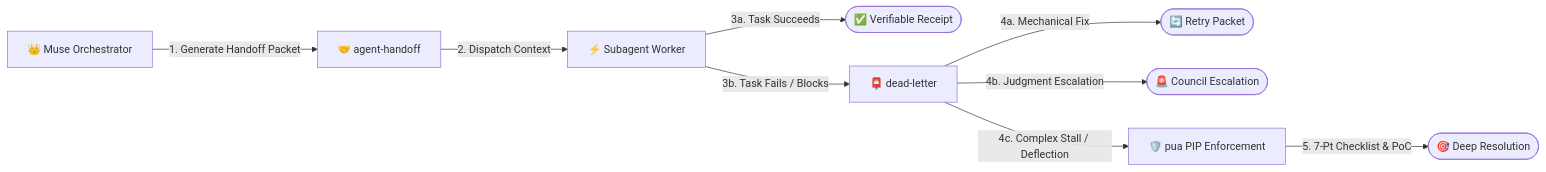
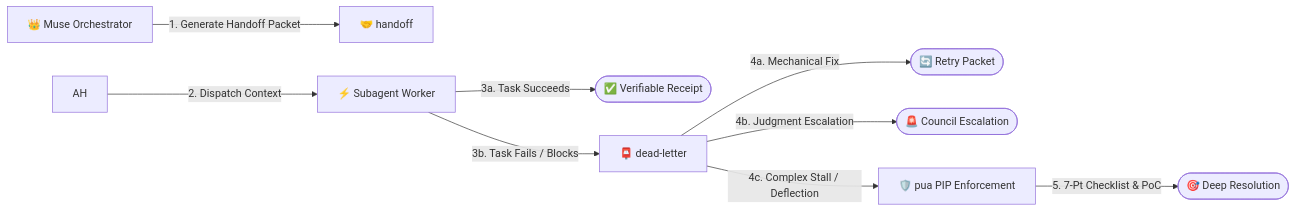
Before and after one commit to harshsinghmp/muse-skills: the third of 3 diagrams in docs/ARCHITECTURE.md, drawn with Mermaid. The commit also changed other lines of this file and 83 other files, not shown here.

````diff
--- a/docs/ARCHITECTURE.md
+++ b/docs/ARCHITECTURE.md
@@ -191,11 +191,11 @@
 ```mermaid
 graph LR
-    Orchestrator[👑 Muse Orchestrator] -->|1. Generate Handoff Packet| AH[🤝 agent-handoff]
+    Orchestrator[👑 Muse Orchestrator] -->|1. Generate Handoff Packet| HO[🤝 handoff]
     AH -->|2. Dispatch Context| Worker[⚡ Subagent Worker]
     Worker -->|3a. Task Succeeds| Done([✅ Verifiable Receipt])
     Worker -->|3b. Task Fails / Blocks| DL[📮 dead-letter]
     DL -->|4a. Mechanical Fix| Retry([🔄 Retry Packet])
     DL -->|4b. Judgment Escalation| Escalate([🚨 Council Escalation])
     DL -->|4c. Complex Stall / Deflection| PUA[🛡️ pua PIP Enforcement]
     PUA -->|5. 7-Pt Checklist & PoC| Solved([🎯 Deep Resolution])
 ```
````
